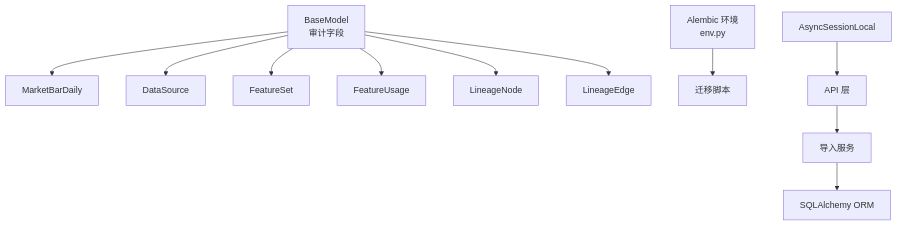
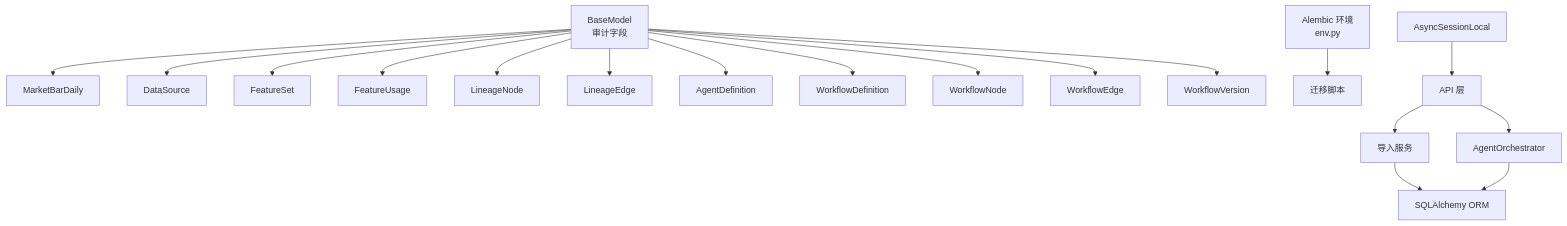
One commit to javelin-dot/llmine-quant changed the sixth of 6 diagrams in .qoder/repowiki/zh/content/数据管理/数据库模式设计.md. Above: the diagram before and after it, drawn with Mermaid. The commit also changed other lines of this file and 19 other files, not shown here.

````diff
--- a/.qoder/repowiki/zh/content/数据管理/数据库模式设计.md
+++ b/.qoder/repowiki/zh/content/数据管理/数据库模式设计.md
@@ -266,13 +433,20 @@
 ```mermaid
 graph TB
 BC["BaseModel<br/>审计字段"] --> MBD["MarketBarDaily"]
 BC --> DS["DataSource"]
 BC --> FS["FeatureSet"]
 BC --> FU["FeatureUsage"]
 BC --> LN["LineageNode"]
 BC --> LE["LineageEdge"]
+BC --> AD["AgentDefinition"]
+BC --> WD["WorkflowDefinition"]
+BC --> WN["WorkflowNode"]
+BC --> WE["WorkflowEdge"]
+BC --> WV["WorkflowVersion"]
 ENV["Alembic 环境<br/>env.py"] --> MIG["迁移脚本"]
 S["AsyncSessionLocal"] --> API["API 层"]
 API --> SVC["导入服务"]
+API --> AGENTSVC["AgentOrchestrator"]
 SVC --> ORM["SQLAlchemy ORM"]
+AGENTSVC --> ORM
 ```
````
